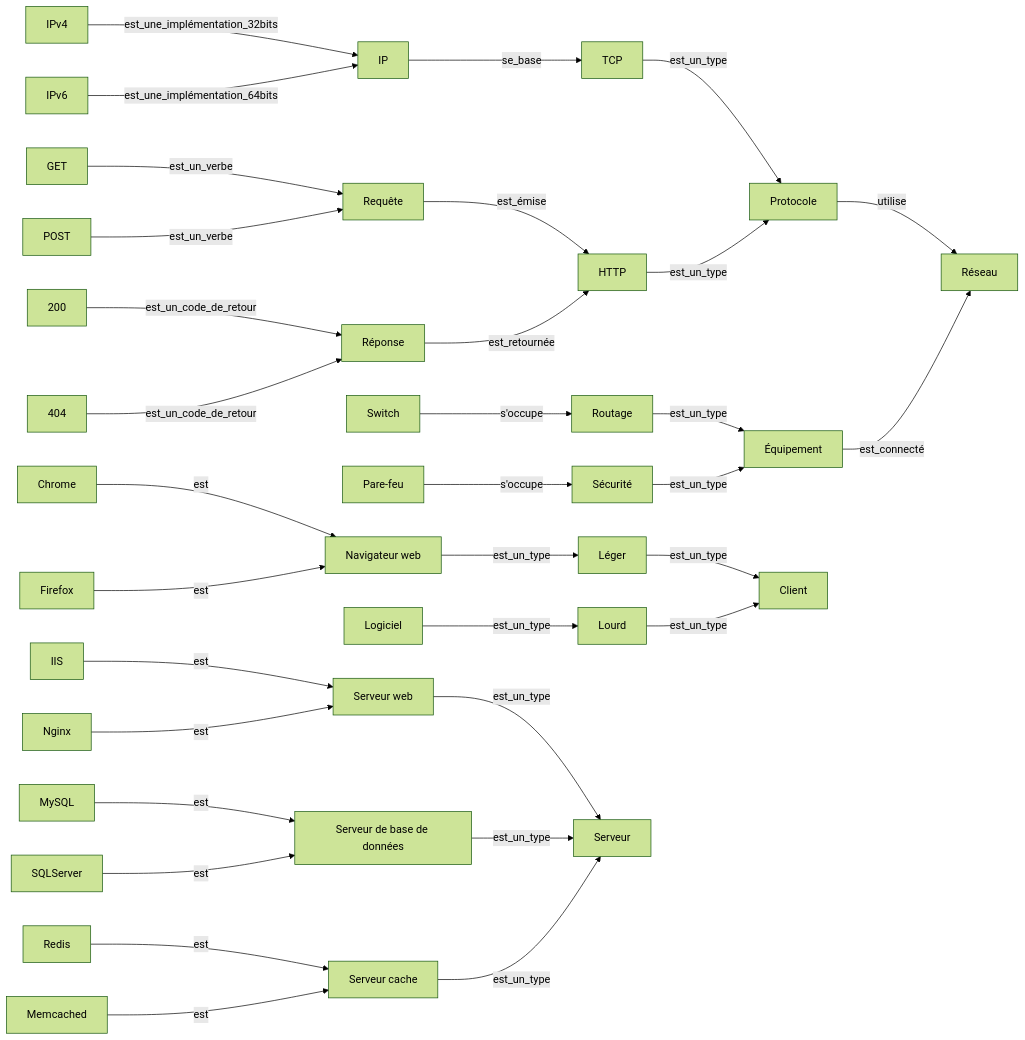
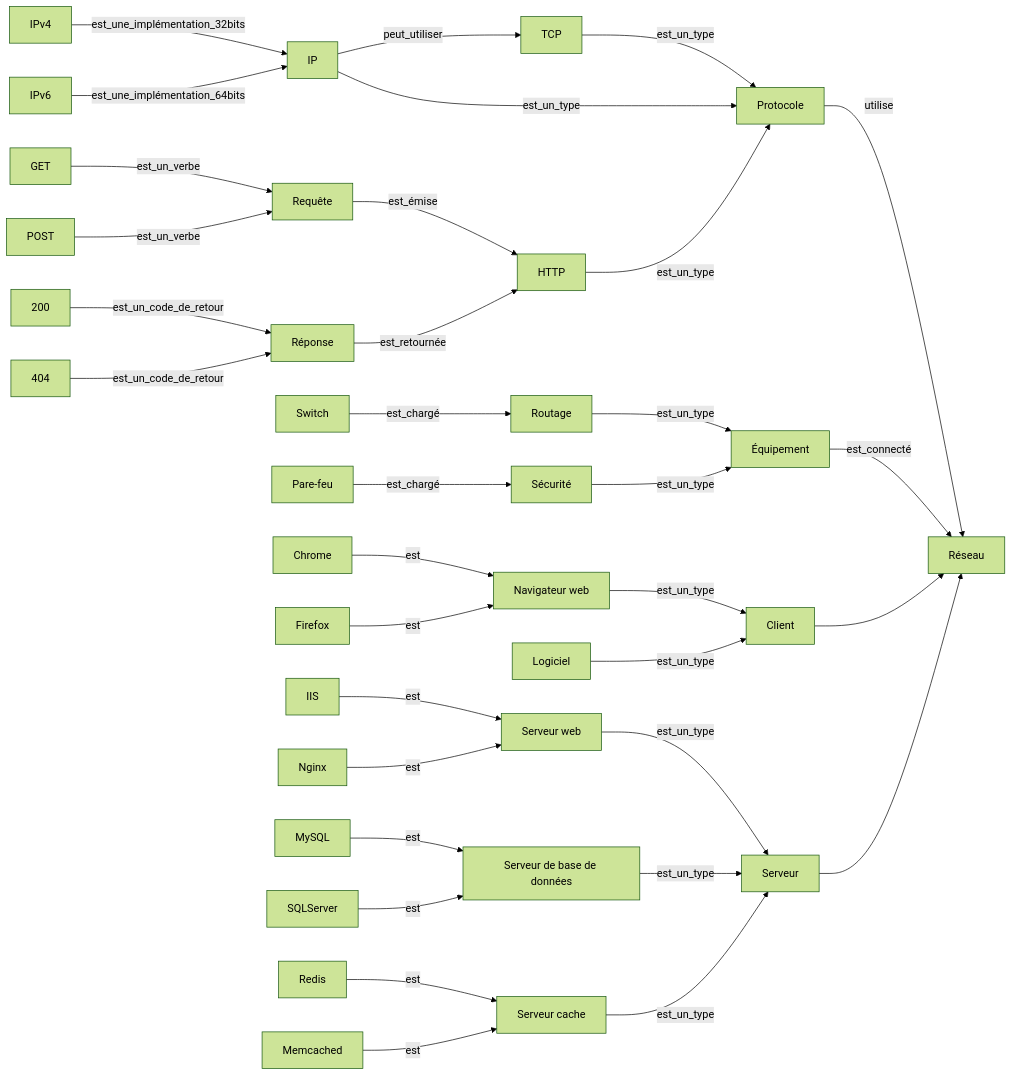
Before and after one commit to LavederMark-Ylann/SEC201: the diagram in markdown/mermaid_v3.md, drawn with Mermaid (forest theme). The commit also changed 8 other files, not shown here.

````diff
--- a/markdown/mermaid_v3.md
+++ b/markdown/mermaid_v3.md
@@ -1,39 +1,40 @@
 ```mermaid
 graph LR
     Protocole -- utilise --> Réseau
     TCP -- est_un_type --> Protocole
-    IP -- se_base --> TCP
+    IP -- peut_utiliser --> TCP
+    IP -- est_un_type --> Protocole
     IPv4 -- est_une_implémentation_32bits --> IP
     IPv6 -- est_une_implémentation_64bits --> IP
     HTTP -- est_un_type --> Protocole
     Requête -- est_émise --> HTTP
     GET -- est_un_verbe --> Requête
     POST -- est_un_verbe --> Requête
     Réponse -- est_retournée --> HTTP
     200 -- est_un_code_de_retour --> Réponse
     404 -- est_un_code_de_retour --> Réponse
 
     Équipement -- est_connecté --> Réseau
     Routage -- est_un_type --> Équipement
-    Switch -- s'occupe --> Routage
+    Switch -- est_chargé --> Routage
     Sécurité -- est_un_type --> Équipement
-    Pare-feu -- s'occupe --> Sécurité
+    Pare-feu -- est_chargé --> Sécurité
 
-    Léger -- est_un_type --> Client
-    Navigateur[Navigateur web] -- est_un_type --> Léger
+    Navigateur[Navigateur web] -- est_un_type --> Client
     Chrome -- est --> Navigateur
     Firefox -- est --> Navigateur
-    Lourd -- est_un_type --> Client
-    Logiciel -- est_un_type --> Lourd
+    Logiciel -- est_un_type --> Client
+    Client --> Réseau
 
     Frontal[Serveur web] -- est_un_type --> Serveur
     IIS -- est --> Frontal
     Nginx -- est --> Frontal
     BDD[Serveur de base de données] -- est_un_type --> Serveur
     MySQL -- est --> BDD
     SQLServer -- est --> BDD
     Cache[Serveur cache] -- est_un_type --> Serveur
     Redis -- est --> Cache
     Memcached -- est --> Cache
+    Serveur --> Réseau
 
 ```
````
